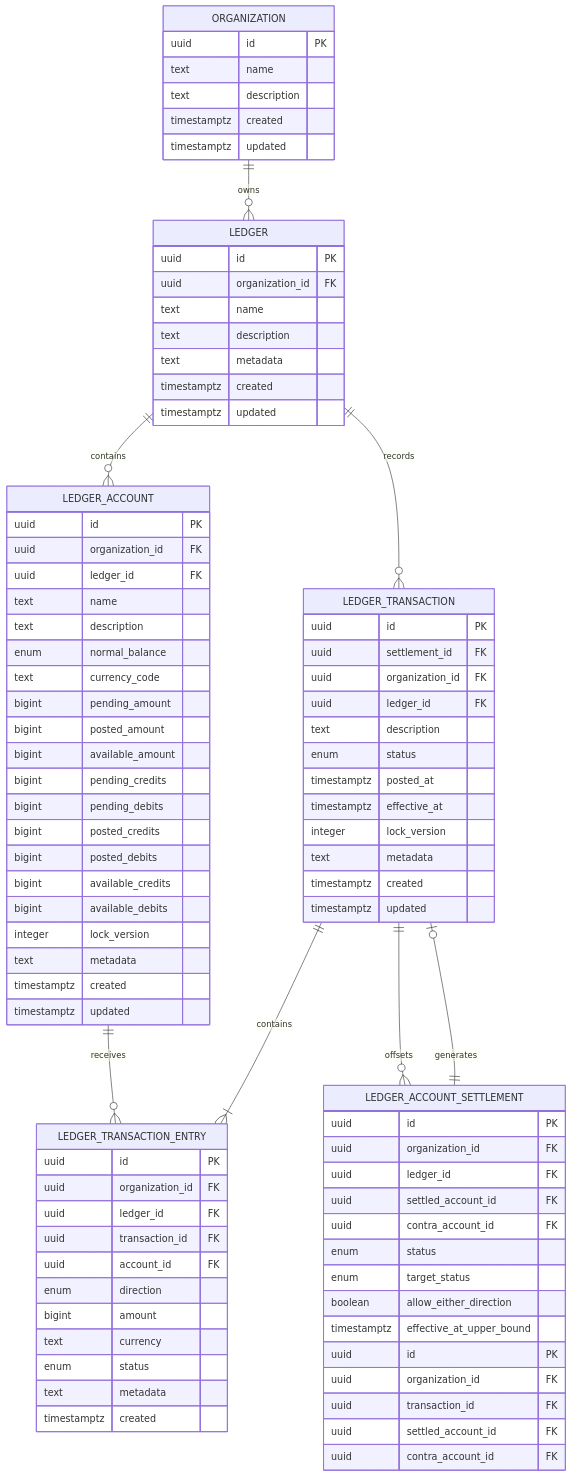
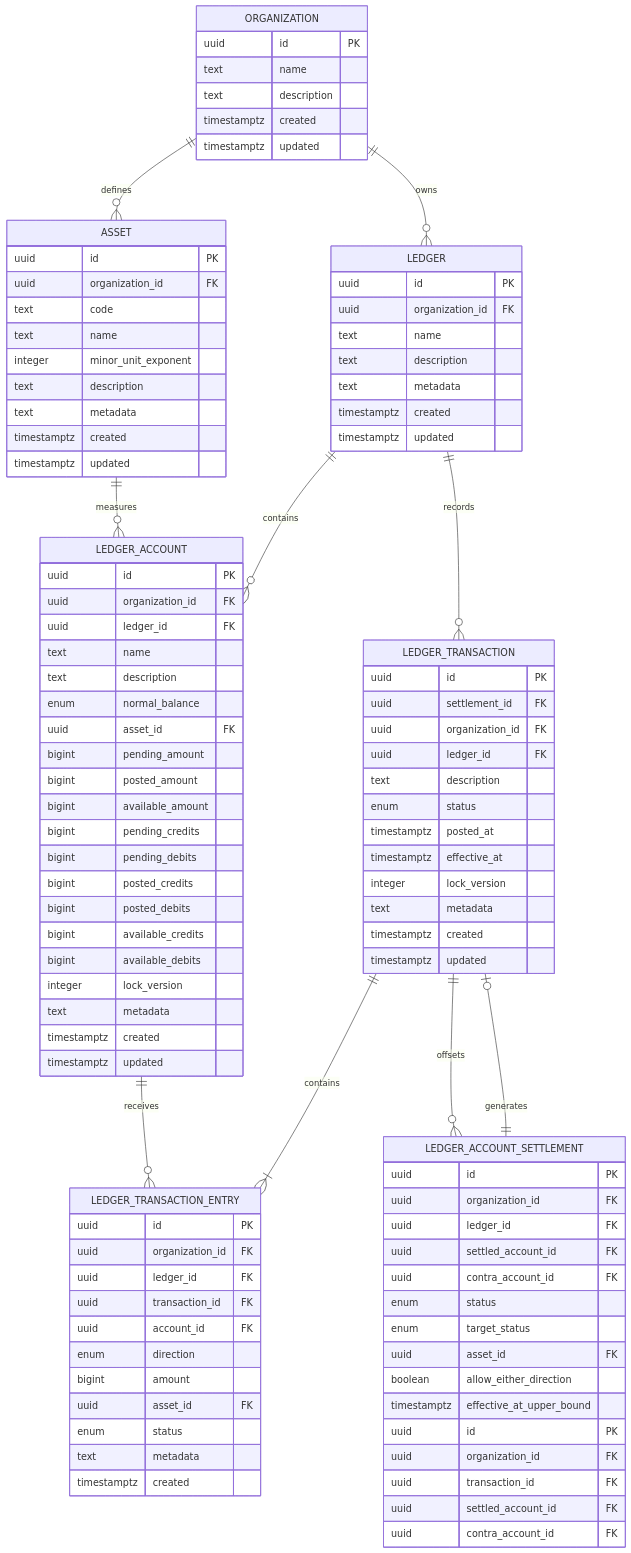
Before and after one commit to martinffx/exchequerio: the diagram in apps/api/docs/product/erd.md, drawn with Mermaid. The commit also changed other lines of this file and 80 other files, not shown here.

First line of the commit message:
feat(api)!: replace currency codes with organization assets (#19)

```diff
--- a/apps/api/docs/product/erd.md
+++ b/apps/api/docs/product/erd.md
@@ -9,6 +9,18 @@
         uuid id PK
         text name
         text description
+        timestamptz created
+        timestamptz updated
+    }
+
+    ASSET {
+        uuid id PK
+        uuid organization_id FK
+        text code
+        text name
+        integer minor_unit_exponent
+        text description
+        text metadata
         timestamptz created
         timestamptz updated
     }
@@ -30,7 +42,7 @@
         text name
         text description
         enum normal_balance
-        text currency_code
+        uuid asset_id FK
         bigint pending_amount
         bigint posted_amount
         bigint available_amount
@@ -69,6 +81,7 @@
         uuid contra_account_id FK
         enum status
         enum target_status
+        uuid asset_id FK
         boolean allow_either_direction
         timestamptz effective_at_upper_bound
     }
@@ -83,7 +96,7 @@
         uuid account_id FK
         enum direction
         bigint amount
-        text currency
+        uuid asset_id FK
         enum status
         text metadata
         timestamptz created
@@ -97,6 +110,8 @@
         uuid contra_account_id FK
     }
 
+    ORGANIZATION ||--o{ ASSET : defines
+    ASSET ||--o{ LEDGER_ACCOUNT : measures
     ORGANIZATION ||--o{ LEDGER : owns
     LEDGER ||--o{ LEDGER_ACCOUNT : contains
     LEDGER ||--o{ LEDGER_TRANSACTION : records
```
